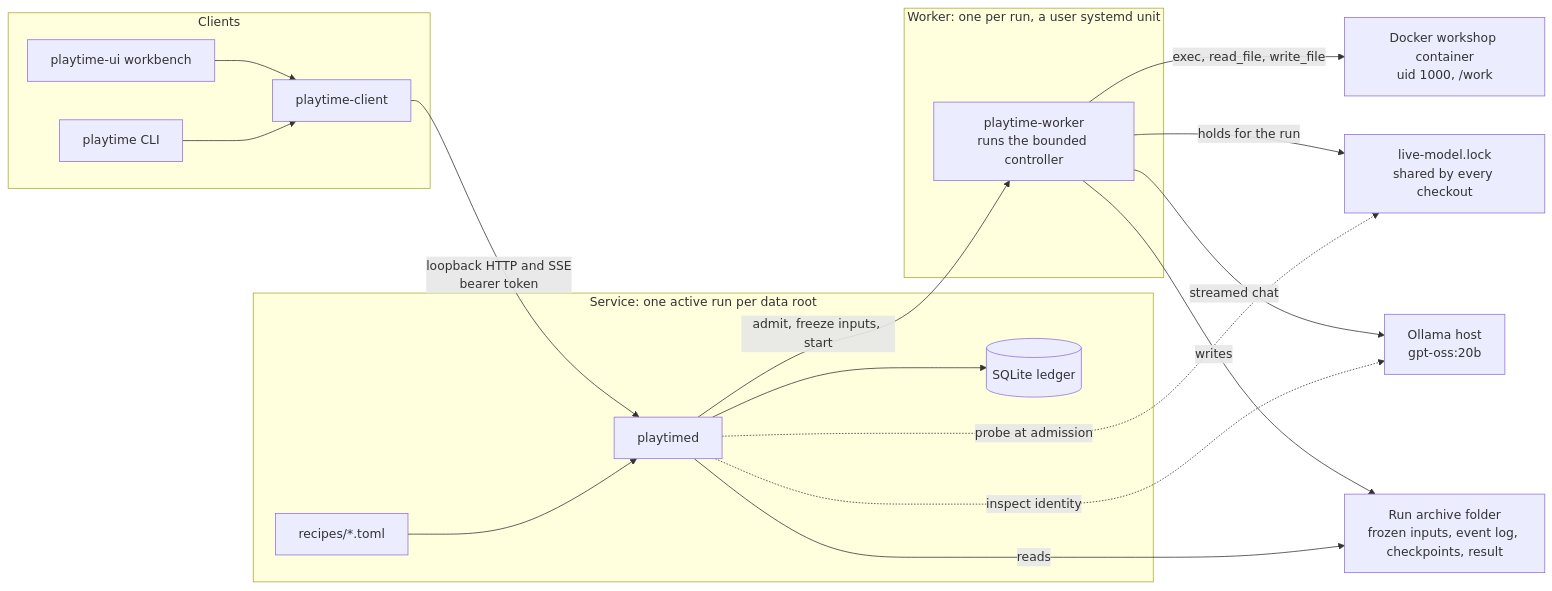
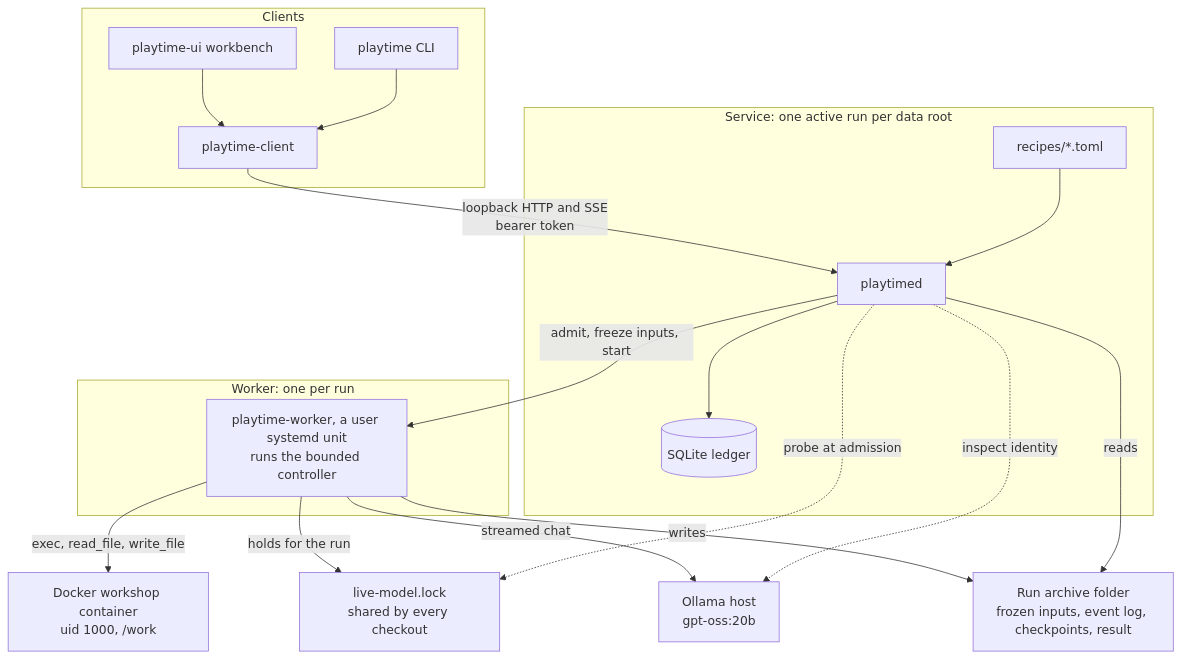
One commit to aortez/playtime changed the diagram in docs/rust-mvp.md. Above: the diagram before and after it, drawn with Mermaid.

Commit message:
Lay the Rust MVP diagram out top to bottom

````diff
--- a/docs/rust-mvp.md
+++ b/docs/rust-mvp.md
@@ -48,37 +48,37 @@
 ```mermaid
-flowchart LR
+flowchart TB
     subgraph clients["Clients"]
         cli["playtime CLI"]
         ui["playtime-ui workbench"]
         client["playtime-client"]
         cli --> client
         ui --> client
     end
 
     subgraph service["Service: one active run per data root"]
         catalog["recipes/*.toml"]
         daemon["playtimed"]
         ledger[("SQLite ledger")]
         catalog --> daemon
         daemon --> ledger
     end
 
-    subgraph worker["Worker: one per run, a user systemd unit"]
-        engine["playtime-worker<br>runs the bounded controller"]
+    subgraph worker["Worker: one per run"]
+        engine["playtime-worker, a user systemd unit<br>runs the bounded controller"]
     end
 
     archive["Run archive folder<br>frozen inputs, event log, checkpoints, result"]
     docker["Docker workshop container<br>uid 1000, /work"]
     ollama["Ollama host<br>gpt-oss:20b"]
     lock["live-model.lock<br>shared by every checkout"]
 
     client -- "loopback HTTP and SSE<br>bearer token" --> daemon
     daemon -- "admit, freeze inputs, start" --> engine
     daemon -. "probe at admission" .-> lock
     daemon -. "inspect identity" .-> ollama
     daemon -- "reads" --> archive
     engine -- "holds for the run" --> lock
     engine -- "exec, read_file, write_file" --> docker
     engine -- "streamed chat" --> ollama
     engine -- "writes" --> archive
 ```
````
